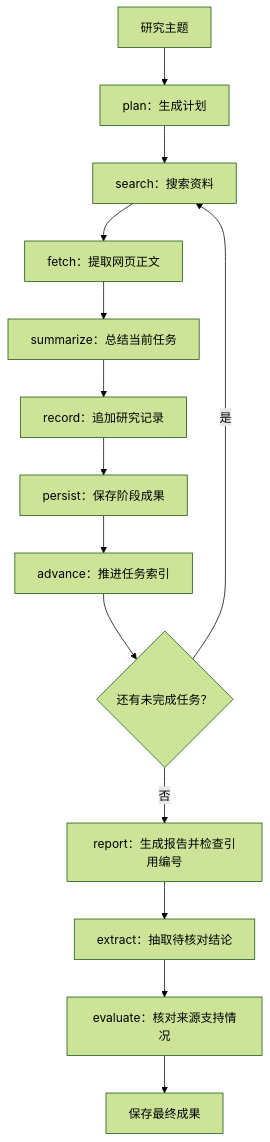
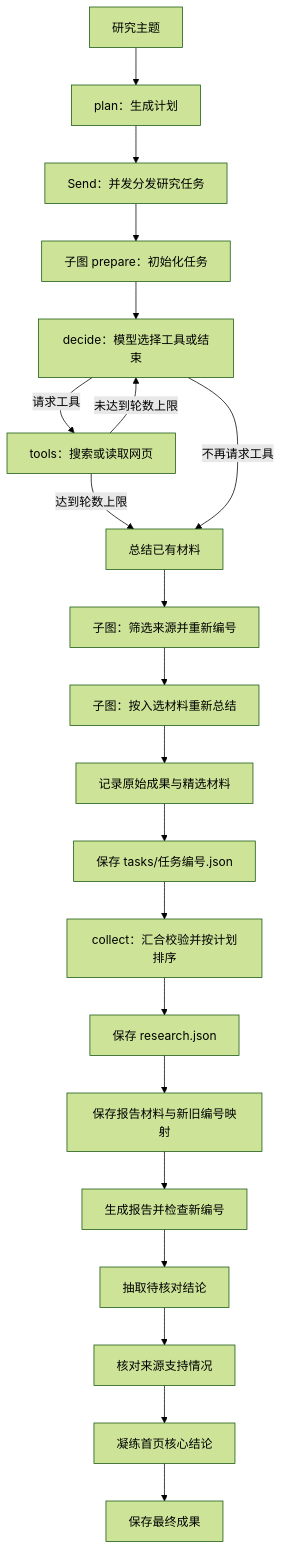
Before and after one commit to Colofuluang/deep-research-agent: the diagram in README.md, drawn with Mermaid (forest theme). The commit also changed other lines of this file and 31 other files, not shown here.

Commit message:
feat: add parallel research and background task management

````diff
--- a/README.md
+++ b/README.md
@@ -63,16 +39,23 @@
 ```mermaid
 flowchart TD
     Topic[研究主题] --> Plan[plan：生成计划]
-    Plan --> Search[search：搜索资料]
-    Search --> Fetch[fetch：提取网页正文]
-    Fetch --> Summarize[summarize：总结当前任务]
-    Summarize --> Record[record：追加研究记录]
-    Record --> Persist[persist：保存阶段成果]
-    Persist --> Advance[advance：推进任务索引]
-    Advance --> More{还有未完成任务？}
-    More -- 是 --> Search
-    More -- 否 --> Report[report：生成报告并检查引用编号]
-    Report --> Extract[extract：抽取待核对结论]
-    Extract --> Evaluate[evaluate：核对来源支持情况]
-    Evaluate --> Finish[保存最终成果]
+    Plan --> Dispatch[Send：并发分发研究任务]
+    Dispatch --> Prepare[子图 prepare：初始化任务]
+    Prepare --> Decide[decide：模型选择工具或结束]
+    Decide -- 请求工具 --> Tools[tools：搜索或读取网页]
+    Tools -- 未达到轮数上限 --> Decide
+    Tools -- 达到轮数上限 --> Summarize[总结已有材料]
+    Decide -- 不再请求工具 --> Summarize
+    Summarize --> Select[子图：筛选来源并重新编号]
+    Select --> SelectedSummary[子图：按入选材料重新总结]
+    SelectedSummary --> Record[记录原始成果与精选材料]
+    Record --> TaskPersist[保存 tasks/任务编号.json]
+    TaskPersist --> Collect[collect：汇合校验并按计划排序]
+    Collect --> Persist[保存 research.json]
+    Persist --> SaveSelected[保存报告材料与新旧编号映射]
+    SaveSelected --> Report[生成报告并检查新编号]
+    Report --> Extract[抽取待核对结论]
+    Extract --> Evaluate[核对来源支持情况]
+    Evaluate --> Distill[凝练首页核心结论]
+    Distill --> Finish[保存最终成果]
 ```
````
